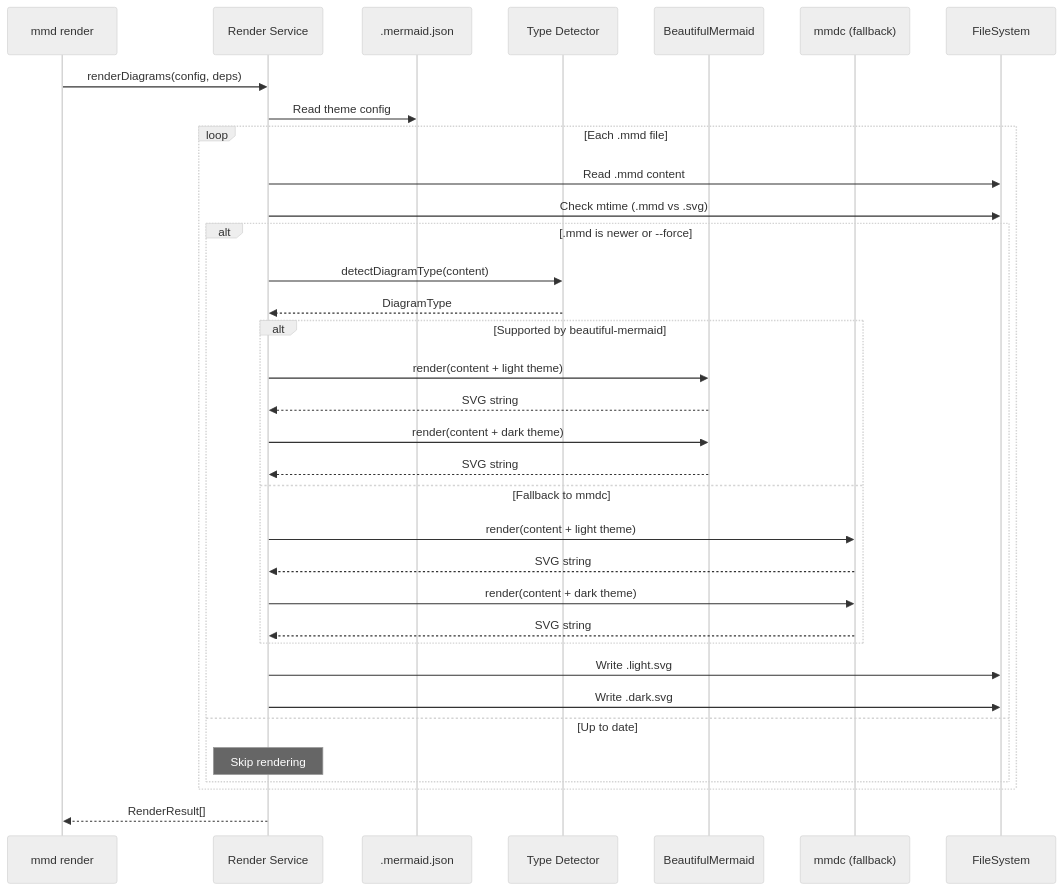
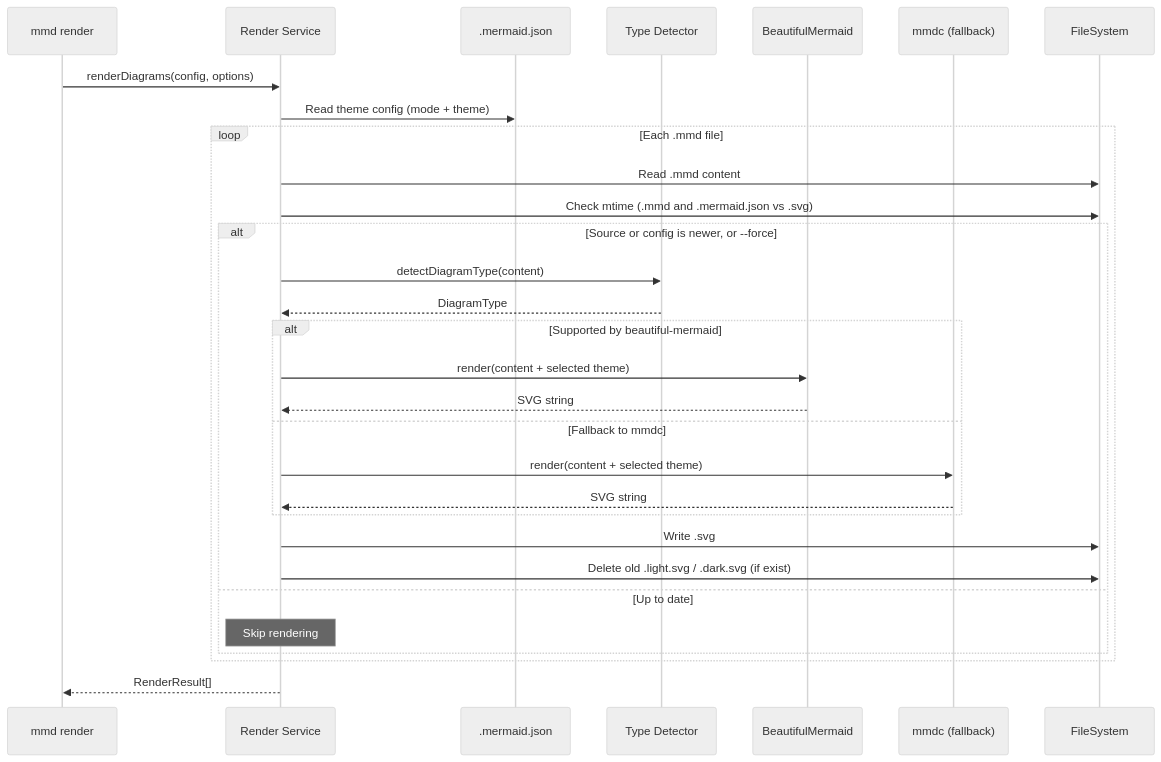
Before and after one commit to lekman/mmd: the third of 3 diagrams in docs/ARCHITECTURE.md, drawn with Mermaid. The commit also changed other lines of this file and 7 other files, not shown here.

````diff
--- a/docs/ARCHITECTURE.md
+++ b/docs/ARCHITECTURE.md
@@ -142,38 +142,34 @@
 ```mermaid
 %%{init: {'theme':'neutral', 'themeVariables': { 'primaryColor':'#e3f2fd', 'primaryTextColor':'#000', 'primaryBorderColor':'#1976d2', 'lineColor':'#616161', 'secondaryColor':'#fff3e0', 'tertiaryColor':'#f3e5f5', 'fontSize':'14px'}}}%%
 sequenceDiagram
     participant CLI as mmd render
     participant Svc as Render Service
     participant Cfg as .mermaid.json
     participant Det as Type Detector
     participant BM as BeautifulMermaid
     participant MMDC as mmdc (fallback)
     participant FS as FileSystem
 
-    CLI->>Svc: renderDiagrams(config, deps)
-    Svc->>Cfg: Read theme config
+    CLI->>Svc: renderDiagrams(config, options)
+    Svc->>Cfg: Read theme config (mode + theme)
     loop Each .mmd file
         Svc->>FS: Read .mmd content
-        Svc->>FS: Check mtime (.mmd vs .svg)
-        alt .mmd is newer or --force
+        Svc->>FS: Check mtime (.mmd and .mermaid.json vs .svg)
+        alt Source or config is newer, or --force
             Svc->>Det: detectDiagramType(content)
             Det-->>Svc: DiagramType
             alt Supported by beautiful-mermaid
-                Svc->>BM: render(content + light theme)
-                BM-->>Svc: SVG string
-                Svc->>BM: render(content + dark theme)
+                Svc->>BM: render(content + selected theme)
                 BM-->>Svc: SVG string
             else Fallback to mmdc
-                Svc->>MMDC: render(content + light theme)
-                MMDC-->>Svc: SVG string
-                Svc->>MMDC: render(content + dark theme)
+                Svc->>MMDC: render(content + selected theme)
                 MMDC-->>Svc: SVG string
             end
-            Svc->>FS: Write .light.svg
-            Svc->>FS: Write .dark.svg
+            Svc->>FS: Write .svg
+            Svc->>FS: Delete old .light.svg / .dark.svg (if exist)
         else Up to date
             Note over Svc: Skip rendering
         end
     end
     Svc-->>CLI: RenderResult[]
 ```
````
